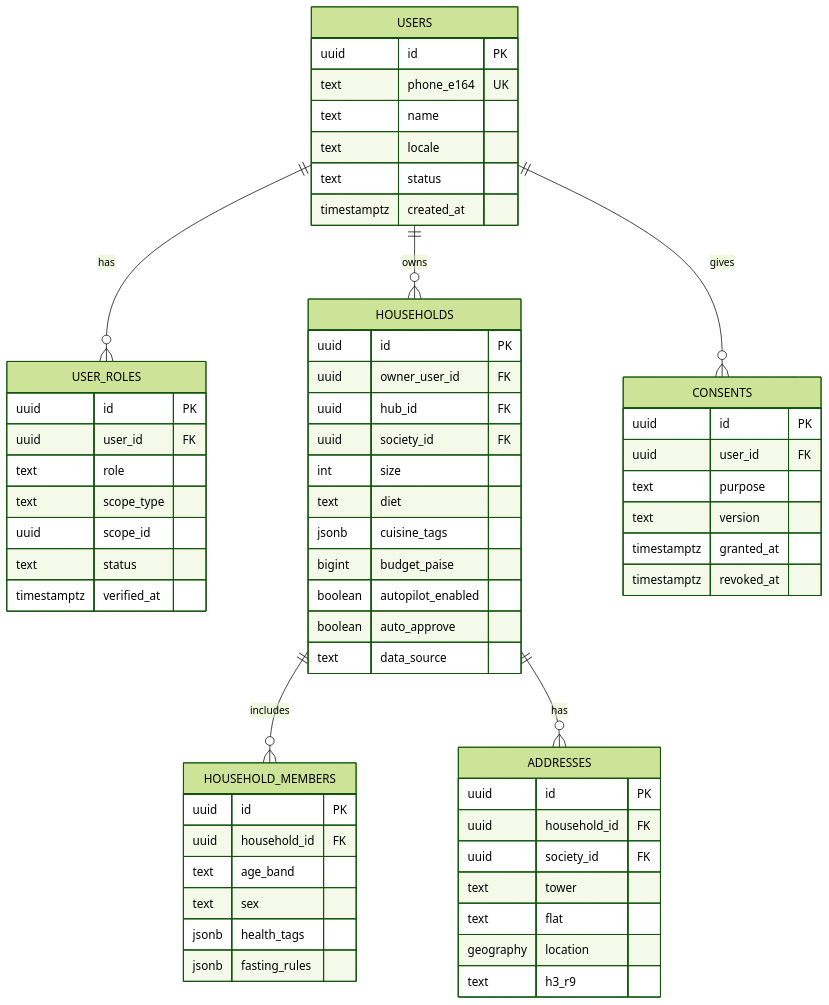
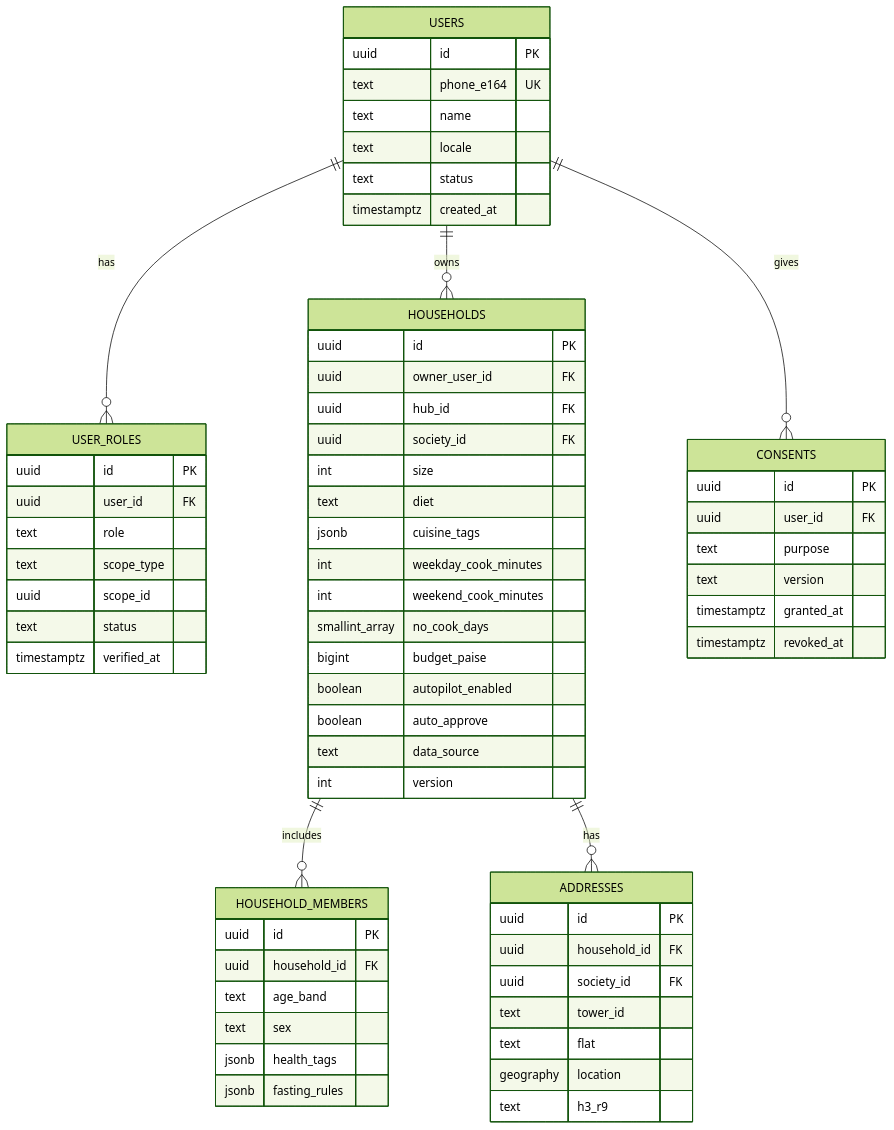
The second of 14 diagrams in docs/handbook/05-data-architecture.md (prelekar7/GharBasket), drawn with Mermaid (forest theme) before and after one commit. The commit also changed other lines of this file and 3 other files, not shown here.

````diff
--- a/docs/handbook/05-data-architecture.md
+++ b/docs/handbook/05-data-architecture.md
@@ -90,63 +90,67 @@
 ```mermaid
 erDiagram
     USERS {
         uuid id PK
         text phone_e164 UK
         text name
         text locale
         text status
         timestamptz created_at
     }
     USER_ROLES {
         uuid id PK
         uuid user_id FK
         text role
         text scope_type
         uuid scope_id
         text status
         timestamptz verified_at
     }
     HOUSEHOLDS {
         uuid id PK
         uuid owner_user_id FK
         uuid hub_id FK
         uuid society_id FK
         int size
         text diet
         jsonb cuisine_tags
+        int weekday_cook_minutes
+        int weekend_cook_minutes
+        smallint_array no_cook_days
         bigint budget_paise
         boolean autopilot_enabled
         boolean auto_approve
         text data_source
+        int version
     }
     HOUSEHOLD_MEMBERS {
         uuid id PK
         uuid household_id FK
         text age_band
         text sex
         jsonb health_tags
         jsonb fasting_rules
     }
     ADDRESSES {
         uuid id PK
         uuid household_id FK
         uuid society_id FK
-        text tower
+        text tower_id
         text flat
         geography location
         text h3_r9
     }
     CONSENTS {
         uuid id PK
         uuid user_id FK
         text purpose
         text version
         timestamptz granted_at
         timestamptz revoked_at
     }
     USERS ||--o{ USER_ROLES : has
     USERS ||--o{ HOUSEHOLDS : owns
     USERS ||--o{ CONSENTS : gives
     HOUSEHOLDS ||--o{ HOUSEHOLD_MEMBERS : includes
     HOUSEHOLDS ||--o{ ADDRESSES : has
 ```
````
